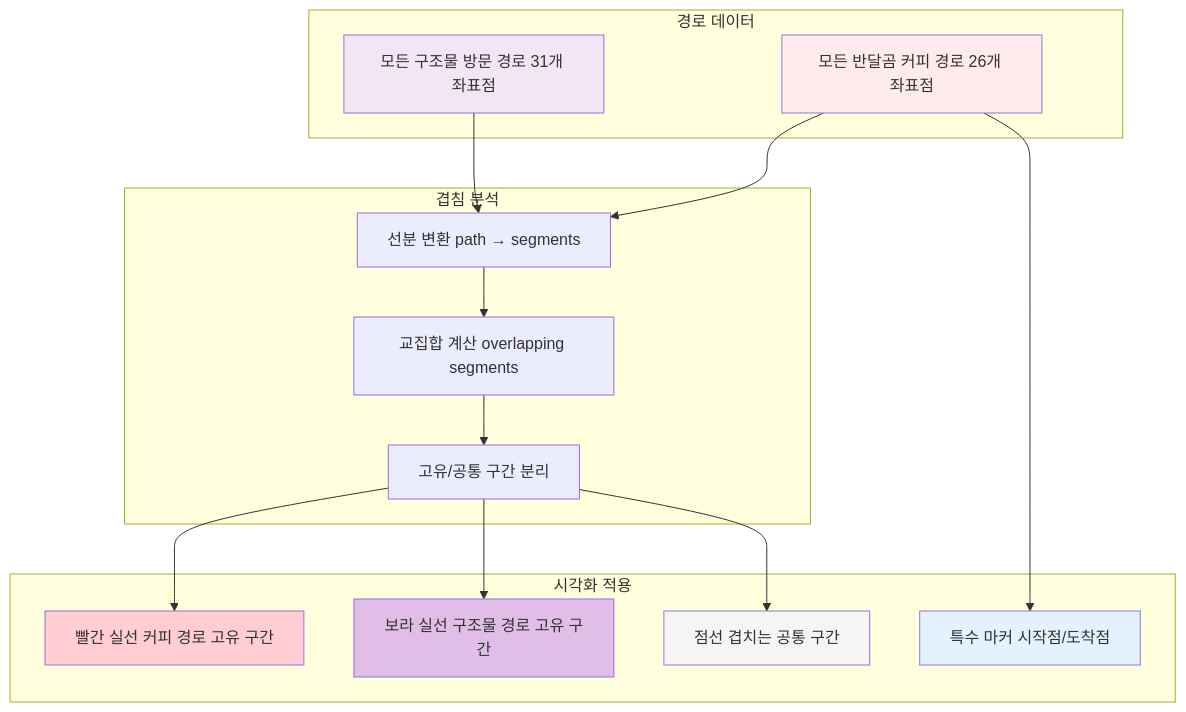
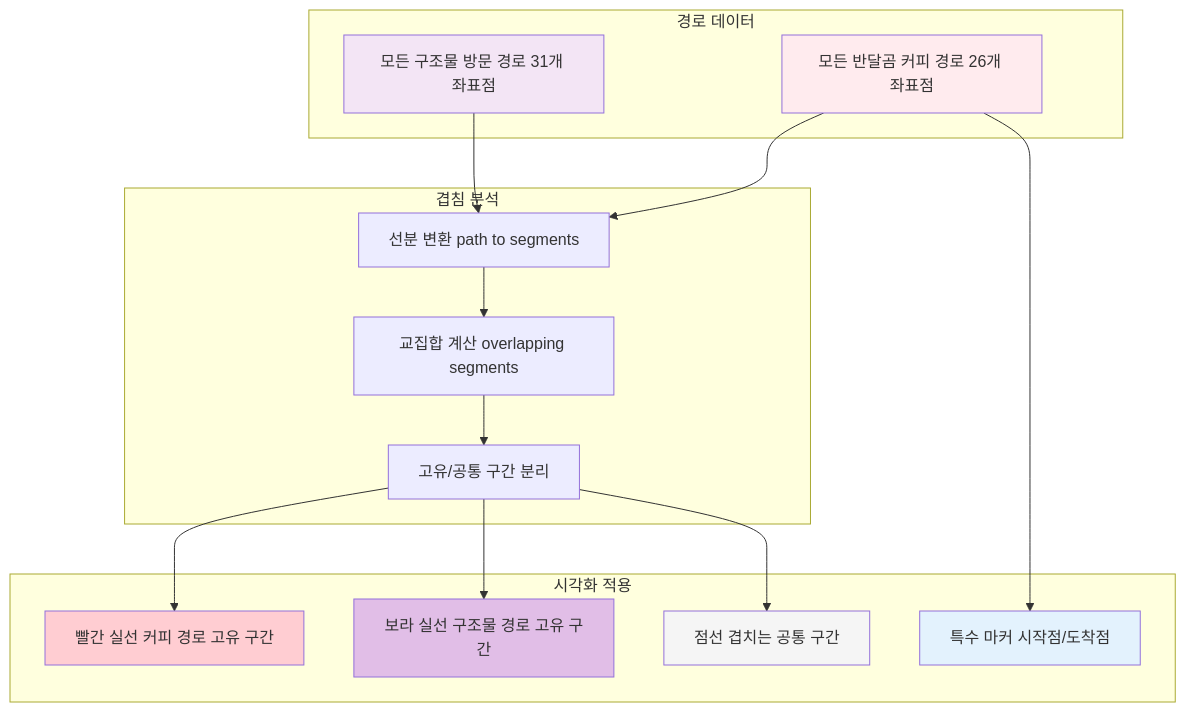
The fourth of 6 diagrams in 3단계_최단경로탐색.md (SteelCrab/ia-codyssey), drawn with Mermaid before and after one commit. The commit also changed other lines of this file, not shown here.

````diff
--- a/3단계_최단경로탐색.md
+++ b/3단계_최단경로탐색.md
@@ -234,37 +237,37 @@
 ```mermaid
 graph TD
     subgraph "경로 데이터"
         A1[모든 반달곰 커피 경로 26개 좌표점]
         A2[모든 구조물 방문 경로 31개 좌표점]
     end
     
     subgraph "겹침 분석"
-        B1[선분 변환 path → segments]
+        B1[선분 변환 path to segments]
         B2[교집합 계산 overlapping segments]
         B3[고유/공통 구간 분리]
     end
     
     subgraph "시각화 적용"
         C1[빨간 실선 커피 경로 고유 구간]
         C2[보라 실선 구조물 경로 고유 구간]
         C3[점선 겹치는 공통 구간]
         C4[특수 마커 시작점/도착점]
     end
     
     A1 --> B1
     A2 --> B1
     B1 --> B2
     B2 --> B3
     
     B3 --> C1
     B3 --> C2
     B3 --> C3
     A1 --> C4
     
     style A1 fill:#ffebee
     style A2 fill:#f3e5f5
     style C1 fill:#ffcdd2
     style C2 fill:#e1bee7
     style C3 fill:#f5f5f5
     style C4 fill:#e3f2fd
 ```
````
